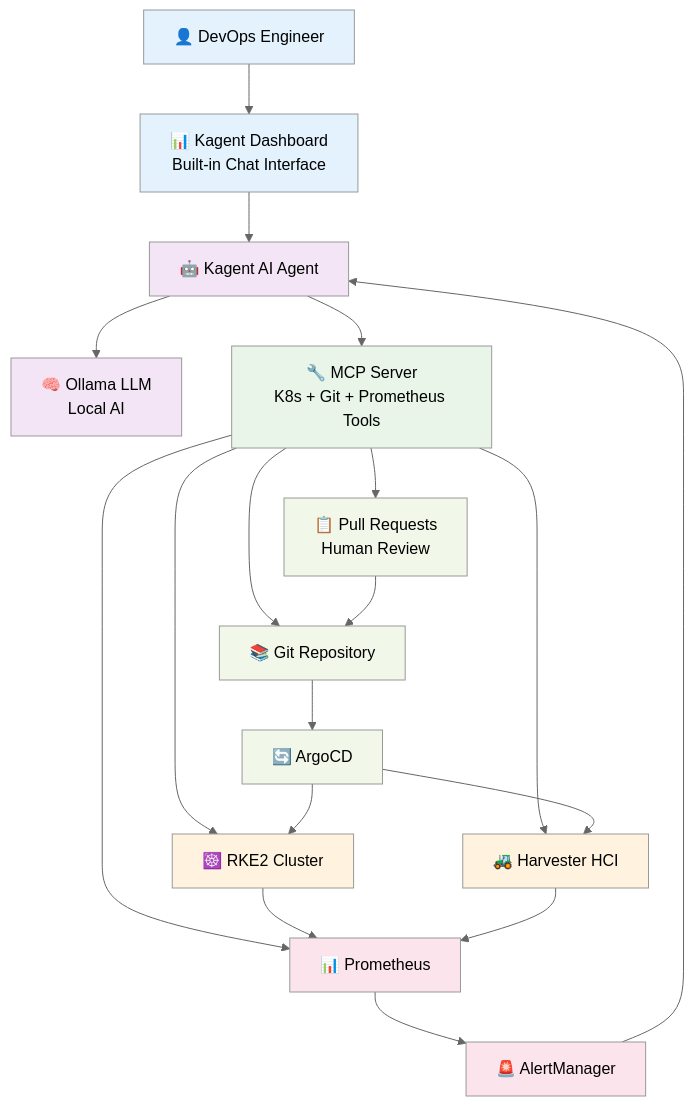
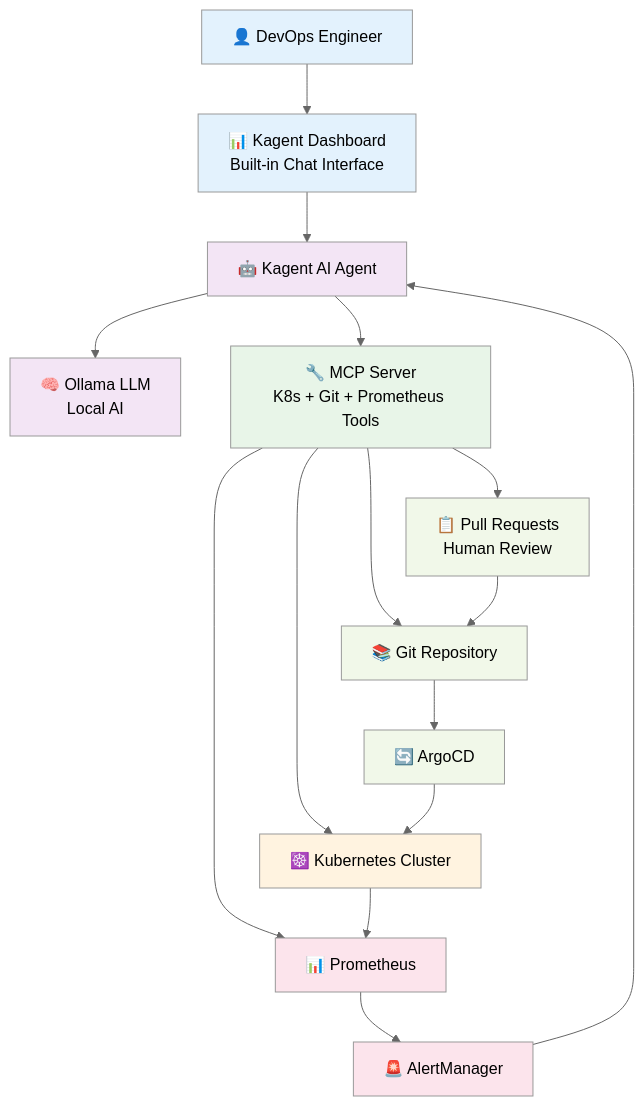
Before and after one commit to devenkulkarni/CFP-kagent: the first of 3 diagrams in architecture-overview.md, drawn with Mermaid (neutral theme). The commit also changed other lines of this file and 9 other files, not shown here.

````diff
--- a/architecture-overview.md
+++ b/architecture-overview.md
@@ -5,60 +5,56 @@
 ```mermaid
 graph TB
     %% User Layer
     User[👤 DevOps Engineer]
     Dashboard[📊 Kagent Dashboard<br/>Built-in Chat Interface]
     
     %% AI Layer
     Kagent[🤖 Kagent AI Agent]
     Ollama[🧠 Ollama LLM<br/>Local AI]
     
     %% MCP Layer
     MCP[🔧 MCP Server<br/>K8s + Git + Prometheus Tools]
     
     %% Infrastructure
-    RKE2[☸️ RKE2 Cluster]
-    Harvester[🚜 Harvester HCI]
+    K8s[☸️ Kubernetes Cluster]
     
     %% Monitoring
     Prometheus[📊 Prometheus]
     Alerts[🚨 AlertManager]
     
     %% GitOps
     GitRepo[📚 Git Repository]
     ArgoCD[🔄 ArgoCD]
     PR[📋 Pull Requests<br/>Human Review]
     
     %% Connections
     User --> Dashboard
     Dashboard --> Kagent
     Kagent --> Ollama
     Kagent --> MCP
-    MCP --> RKE2
-    MCP --> Harvester
+    MCP --> K8s
     MCP --> Prometheus
     MCP --> GitRepo
-    RKE2 --> Prometheus
-    Harvester --> Prometheus
+    K8s --> Prometheus
     Prometheus --> Alerts
     Alerts --> Kagent
     GitRepo --> ArgoCD
-    ArgoCD --> RKE2
-    ArgoCD --> Harvester
+    ArgoCD --> K8s
     MCP --> PR
     PR --> GitRepo
     
     %% Styling
     classDef userLayer fill:#e3f2fd
     classDef aiLayer fill:#f3e5f5
     classDef mcpLayer fill:#e8f5e8
     classDef infraLayer fill:#fff3e0
     classDef monitorLayer fill:#fce4ec
     classDef gitopsLayer fill:#f1f8e9
     
     class User,Dashboard userLayer
     class Kagent,Ollama aiLayer
     class MCP mcpLayer
-    class RKE2,Harvester infraLayer
+    class K8s infraLayer
     class Prometheus,Alerts monitorLayer
     class GitRepo,ArgoCD,PR gitopsLayer
 ```
````
